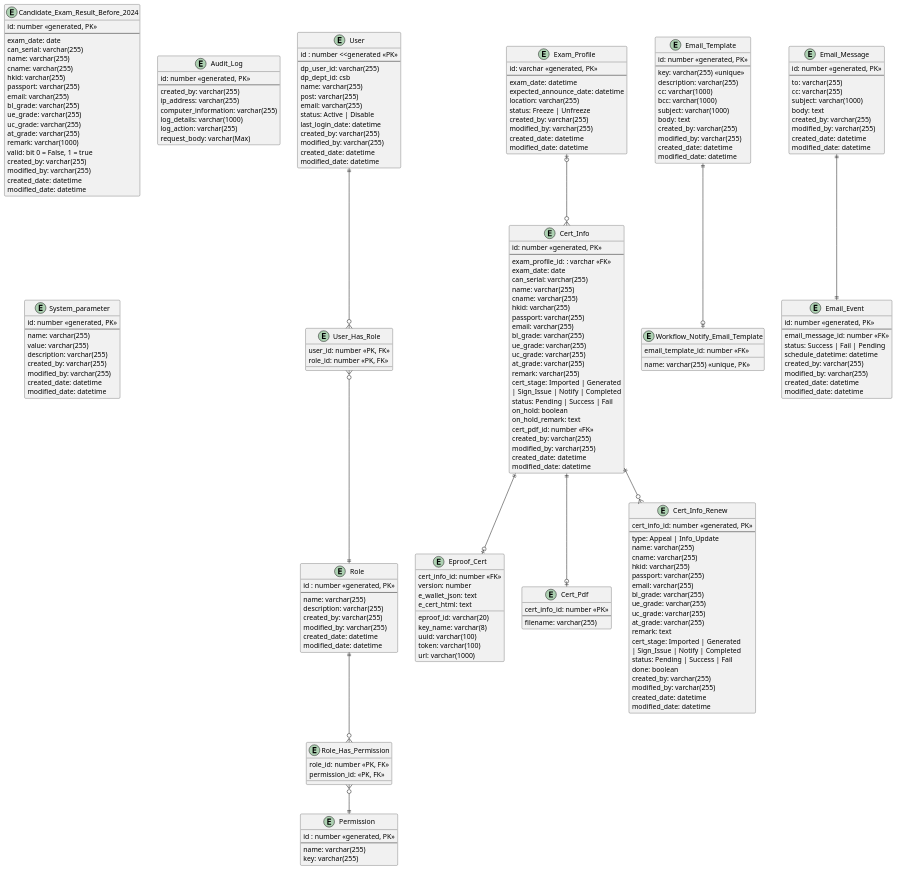
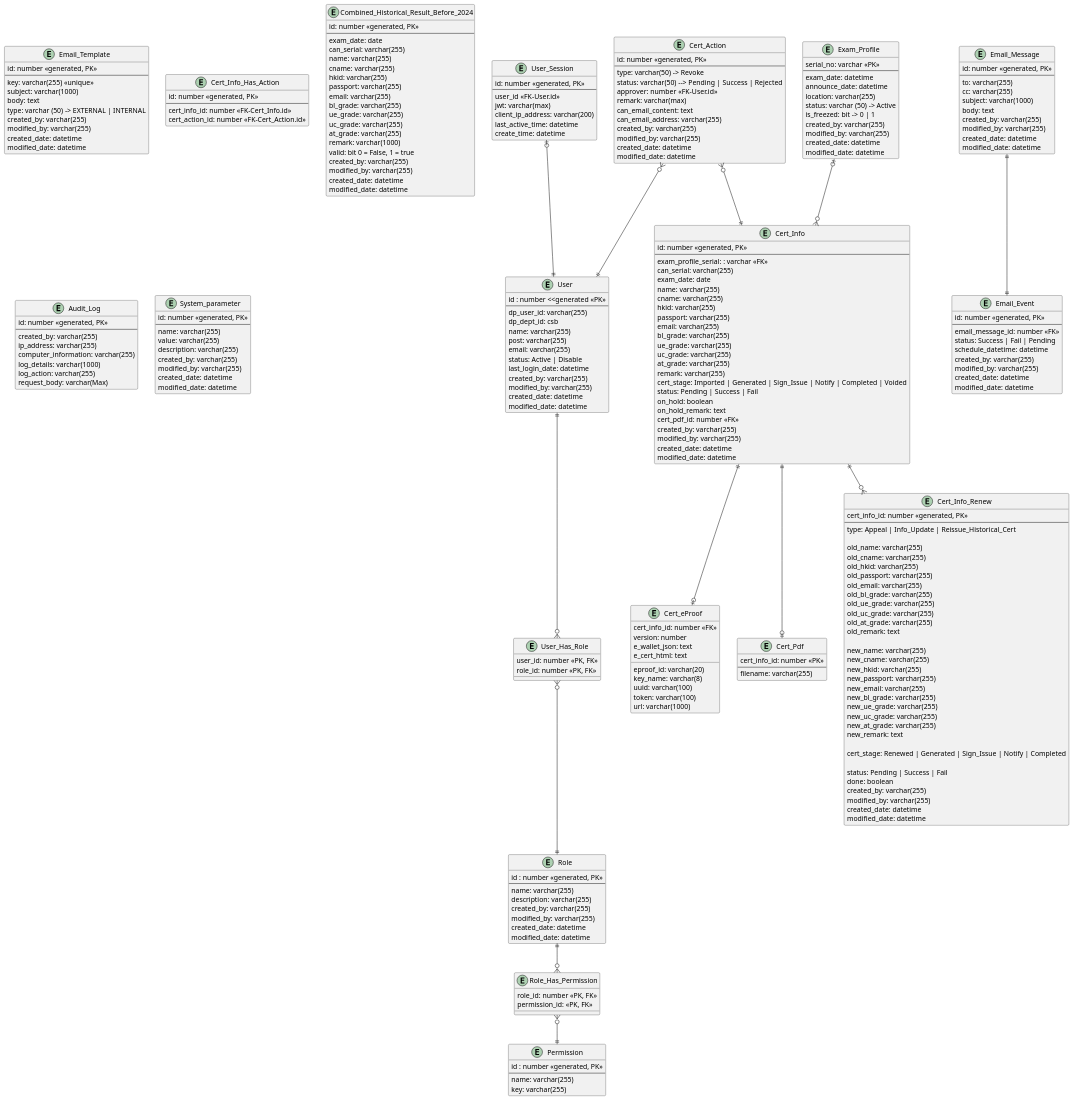
Before and after one commit to igsl-group/csb_eproof: the diagram in er-diagram.puml, drawn with PlantUML.

Commit message:
Update ERD

```diff
--- a/er-diagram.puml
+++ b/er-diagram.puml
@@ -45,12 +45,13 @@
 }
 
 entity "Exam_Profile" as exam_profile {
-  id: varchar <<generated, PK>>
+  serial_no: varchar <<PK>>
   --
   exam_date: datetime
-  expected_announce_date: datetime
+  announce_date: datetime
   location: varchar(255)
-  status: Freeze | Unfreeze
+  status: varchar (50) -> Active
+  is_freezed: bit -> 0 | 1
   created_by: varchar(255)
   modified_by: varchar(255)
   created_date: datetime
@@ -61,23 +62,16 @@
   id: number <<generated, PK>>
   --
   key: varchar(255) <<unique>>
-  description: varchar(255)
-  cc: varchar(1000)
-  bcc: varchar(1000)
   subject: varchar(1000)
   body: text
+  type: varchar (50) -> EXTERNAL | INTERNAL
   created_by: varchar(255)
   modified_by: varchar(255)
   created_date: datetime
   modified_date: datetime
 }
 
-entity "Workflow_Notify_Email_Template" as workflow_notify_email_template {
-  name: varchar(255) <<unique, PK>>
-  email_template_id: number <<FK>>
-}
-
-entity "Eproof_Cert" as eproof_cert {
+entity "Cert_eProof" as cert_eproof {
   cert_info_id: number <<FK>>
   eproof_id: varchar(20)
   key_name: varchar(8)
@@ -96,75 +90,111 @@
 }
 
 entity "Cert_Info" as cert_info {
-  id: number <<generated, PK>>
-  --
-  exam_profile_id: : varchar <<FK>>
-  exam_date: date
-  can_serial: varchar(255)
-  name: varchar(255)
-  cname: varchar(255)
-  hkid: varchar(255)
-  passport: varchar(255)
-  email: varchar(255)
-  bl_grade: varchar(255)
-  ue_grade: varchar(255)
-  uc_grade: varchar(255)
-  at_grade: varchar(255)
-  remark: varchar(255)
-  cert_stage: Imported | Generated\n| Sign_Issue | Notify | Completed
-  status: Pending | Success | Fail
-  on_hold: boolean
-  on_hold_remark: text
-  cert_pdf_id: number <<FK>>
-  created_by: varchar(255)
-  modified_by: varchar(255)
-  created_date: datetime
-  modified_date: datetime
+    id: number <<generated, PK>>
+    --
+    exam_profile_serial: : varchar <<FK>>
+    can_serial: varchar(255)
+    exam_date: date
+    name: varchar(255)
+    cname: varchar(255)
+    hkid: varchar(255)
+    passport: varchar(255)
+    email: varchar(255)
+    bl_grade: varchar(255)
+    ue_grade: varchar(255)
+    uc_grade: varchar(255)
+    at_grade: varchar(255)
+    remark: varchar(255)
+    cert_stage: Imported | Generated | Sign_Issue | Notify | Completed | Voided
+    status: Pending | Success | Fail
+    on_hold: boolean
+    on_hold_remark: text
+    cert_pdf_id: number <<FK>>
+    created_by: varchar(255)
+    modified_by: varchar(255)
+    created_date: datetime
+    modified_date: datetime
 }
 
 entity "Cert_Info_Renew" as cert_info_approve {
-  cert_info_id: number <<generated, PK>>
-  --
-  type: Appeal | Info_Update
-  name: varchar(255)
-  cname: varchar(255)
-  hkid: varchar(255)
-  passport: varchar(255)
-  email: varchar(255)
-  bl_grade: varchar(255)
-  ue_grade: varchar(255)
-  uc_grade: varchar(255)
-  at_grade: varchar(255)
-  remark: text
-  cert_stage: Imported | Generated\n| Sign_Issue | Notify | Completed
-  status: Pending | Success | Fail
-  done: boolean
-  created_by: varchar(255)
-  modified_by: varchar(255)
-  created_date: datetime
-  modified_date: datetime
+    cert_info_id: number <<generated, PK>>
+    --
+    type: Appeal | Info_Update | Reissue_Historical_Cert
+
+    old_name: varchar(255)
+    old_cname: varchar(255)
+    old_hkid: varchar(255)
+    old_passport: varchar(255)
+    old_email: varchar(255)
+    old_bl_grade: varchar(255)
+    old_ue_grade: varchar(255)
+    old_uc_grade: varchar(255)
+    old_at_grade: varchar(255)
+    old_remark: text
+
+    new_name: varchar(255)
+    new_cname: varchar(255)
+    new_hkid: varchar(255)
+    new_passport: varchar(255)
+    new_email: varchar(255)
+    new_bl_grade: varchar(255)
+    new_ue_grade: varchar(255)
+    new_uc_grade: varchar(255)
+    new_at_grade: varchar(255)
+    new_remark: text
+
+    cert_stage: Renewed | Generated | Sign_Issue | Notify | Completed
+
+    status: Pending | Success | Fail
+    done: boolean
+    created_by: varchar(255)
+    modified_by: varchar(255)
+    created_date: datetime
+    modified_date: datetime
 }
 
-entity "Candidate_Exam_Result_Before_2024" as candidate_exam_result_before_2024 {
-  id: number <<generated, PK>>
-  --
-  exam_date: date
-  can_serial: varchar(255)
-  name: varchar(255)
-  cname: varchar(255)
-  hkid: varchar(255)
-  passport: varchar(255)
-  email: varchar(255)
-  bl_grade: varchar(255)
-  ue_grade: varchar(255)
-  uc_grade: varchar(255)
-  at_grade: varchar(255)
-  remark: varchar(1000)
-  valid: bit 0 = False, 1 = true
-  created_by: varchar(255)
-  modified_by: varchar(255)
-  created_date: datetime
-  modified_date: datetime
+entity "Cert_Action" as cert_action{
+    id: number <<generated, PK>>
+    --
+    type: varchar(50) -> Revoke
+    status: varchar(50) --> Pending | Success | Rejected
+    approver: number <<FK-User.id>>
+    remark: varchar(max)
+    can_email_content: text
+    can_email_address: varchar(255)
+    created_by: varchar(255)
+    modified_by: varchar(255)
+    created_date: datetime
+    modified_date: datetime
+}
+
+entity "Cert_Info_Has_Action" as cert_info_has_action{
+    id: number <<generated, PK>>
+    --
+    cert_info_id: number <<FK-Cert_Info.id>>
+    cert_action_id: number <<FK-Cert_Action.id>>
+}
+
+entity "Combined_Historical_Result_Before_2024" as combined_historical_result_before_2024 {
+    id: number <<generated, PK>>
+    --
+    exam_date: date
+    can_serial: varchar(255)
+    name: varchar(255)
+    cname: varchar(255)
+    hkid: varchar(255)
+    passport: varchar(255)
+    email: varchar(255)
+    bl_grade: varchar(255)
+    ue_grade: varchar(255)
+    uc_grade: varchar(255)
+    at_grade: varchar(255)
+    remark: varchar(1000)
+    valid: bit 0 = False, 1 = true
+    created_by: varchar(255)
+    modified_by: varchar(255)
+    created_date: datetime
+    modified_date: datetime
 }
 
 entity "Email_Message" as email_message {
@@ -214,15 +244,30 @@
   modified_date: datetime
 }
 
+entity "User_Session" as user_session {
+    id: number <<generated, PK>>
+    --
+    user_id <<FK-User.id>>
+    jwt: varchar(max)
+    client_ip_address: varchar(200)
+    last_active_time: datetime
+    create_time: datetime
+}
+
+
 user ||--o{ user_has_role
 exam_profile |o--o{ cert_info
 
 user_has_role }o--|| role
 role ||--o{ role_has_permission
 role_has_permission }o--|| permission
-email_template ||--o| workflow_notify_email_template
 cert_info ||--o{ cert_info_approve
 cert_info ||--o| cert_pdf
-cert_info ||--o| eproof_cert
+cert_info ||--o| cert_eproof
 email_message ||--|| email_event
+
+cert_action }o--|| cert_info
+cert_action }o--|| user
+
+user_session |o--|| user
 @enduml
```
